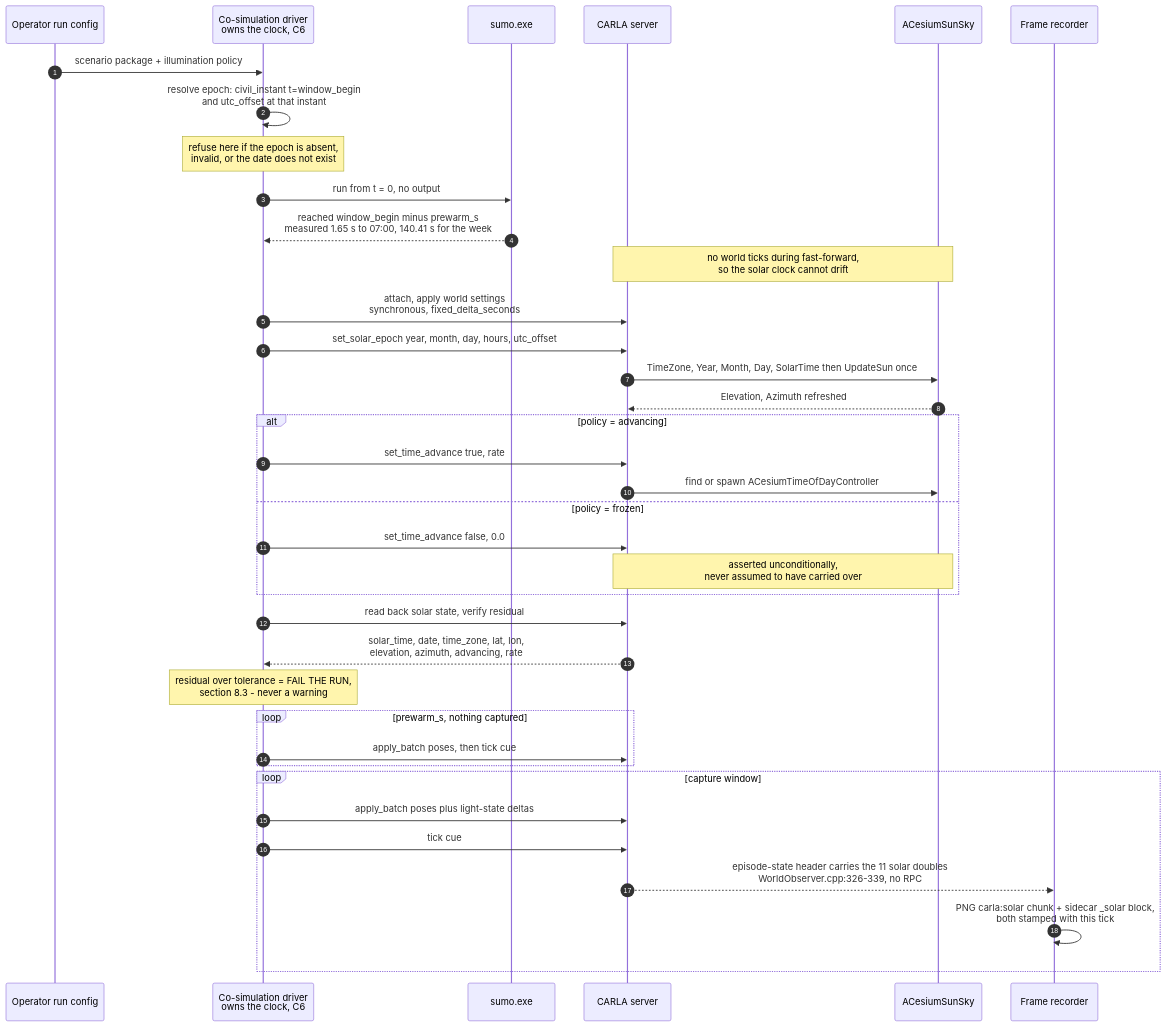
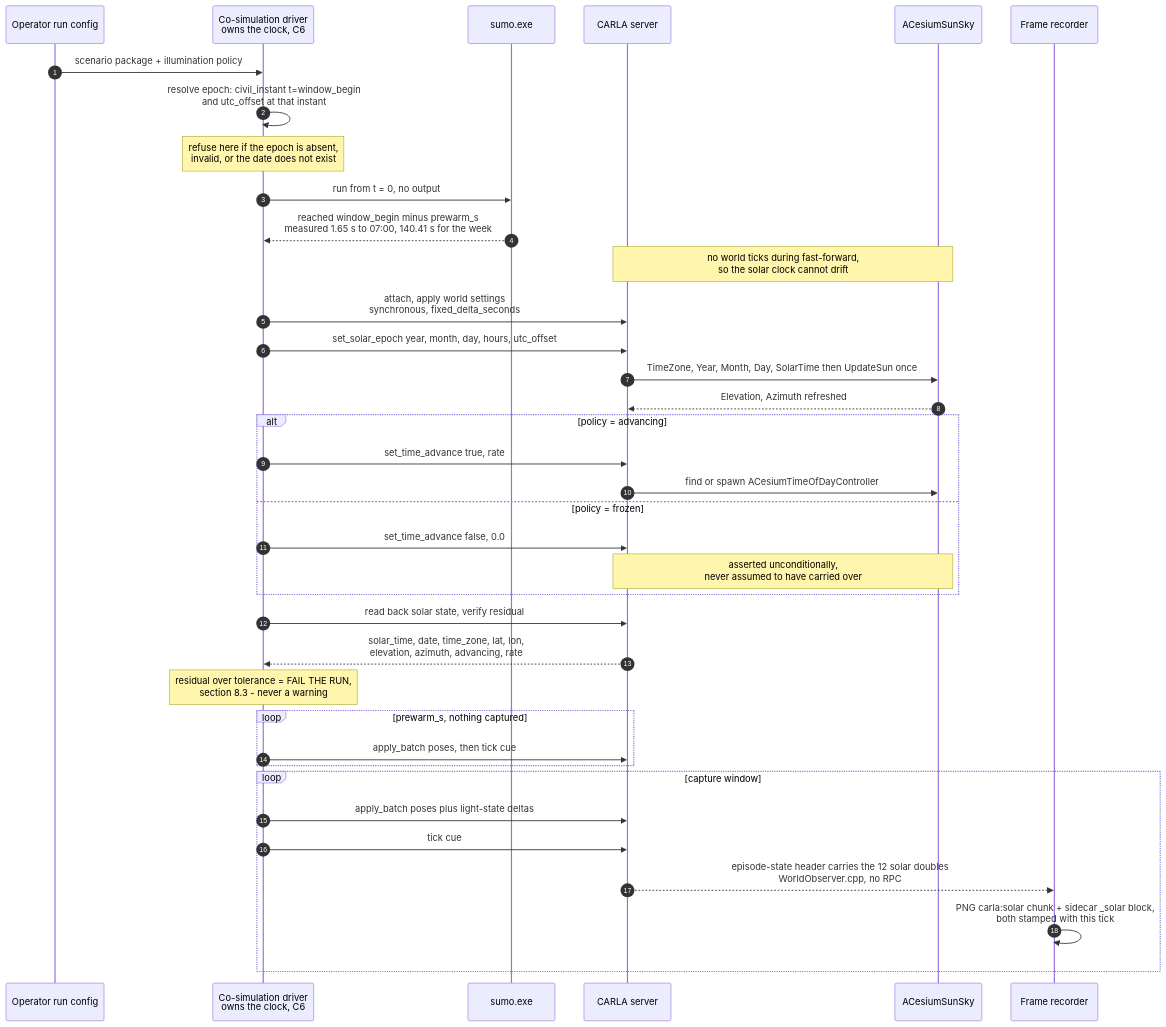
One commit to sbrett9/carla changed the first of 3 diagrams in Docs/CAT_Research/Plans/SUMO_Behavioral_Capture/11_Time_And_Illumination.md. Above: the diagram before and after it, drawn with Mermaid. The commit also changed other lines of this file, not shown here.

````diff
--- a/Docs/CAT_Research/Plans/SUMO_Behavioral_Capture/11_Time_And_Illumination.md
+++ b/Docs/CAT_Research/Plans/SUMO_Behavioral_Capture/11_Time_And_Illumination.md
@@ -384,46 +376,46 @@
 ```mermaid
 sequenceDiagram
     autonumber
     participant OP as Operator run config
     participant DRV as Co-simulation driver<br/>owns the clock, C6
     participant SUMO as sumo.exe
     participant SRV as CARLA server
     participant SUN as ACesiumSunSky
     participant REC as Frame recorder
 
     OP->>DRV: scenario package + illumination policy
     DRV->>DRV: resolve epoch: civil_instant t=window_begin<br/>and utc_offset at that instant
     Note over DRV: refuse here if the epoch is absent,<br/>invalid, or the date does not exist
 
     DRV->>SUMO: run from t = 0, no output
     SUMO-->>DRV: reached window_begin minus prewarm_s<br/>measured 1.65 s to 07:00, 140.41 s for the week
     Note over SRV,SUN: no world ticks during fast-forward,<br/>so the solar clock cannot drift
 
     DRV->>SRV: attach, apply world settings<br/>synchronous, fixed_delta_seconds
     DRV->>SRV: set_solar_epoch year, month, day, hours, utc_offset
     SRV->>SUN: TimeZone, Year, Month, Day, SolarTime then UpdateSun once
     SUN-->>SRV: Elevation, Azimuth refreshed
 
     alt policy = advancing
         DRV->>SRV: set_time_advance true, rate
         SRV->>SUN: find or spawn ACesiumTimeOfDayController
     else policy = frozen
         DRV->>SRV: set_time_advance false, 0.0
         Note over SRV,SUN: asserted unconditionally,<br/>never assumed to have carried over
     end
 
     DRV->>SRV: read back solar state, verify residual
     SRV-->>DRV: solar_time, date, time_zone, lat, lon,<br/>elevation, azimuth, advancing, rate
     Note over DRV: residual over tolerance = FAIL THE RUN,<br/>section 8.3 - never a warning
 
     loop prewarm_s, nothing captured
         DRV->>SRV: apply_batch poses, then tick cue
     end
 
     loop capture window
         DRV->>SRV: apply_batch poses plus light-state deltas
         DRV->>SRV: tick cue
-        SRV-->>REC: episode-state header carries the 11 solar doubles<br/>WorldObserver.cpp:326-339, no RPC
+        SRV-->>REC: episode-state header carries the 12 solar doubles<br/>WorldObserver.cpp, no RPC
         REC->>REC: PNG carla:solar chunk + sidecar _solar block,<br/>both stamped with this tick
     end
 ```
````
